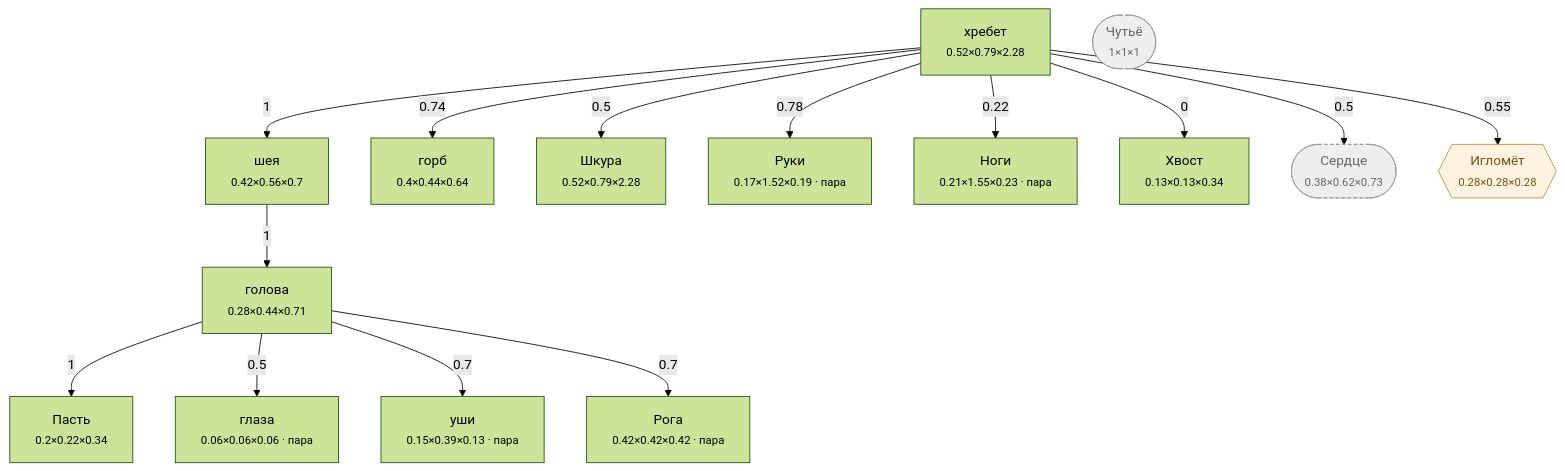
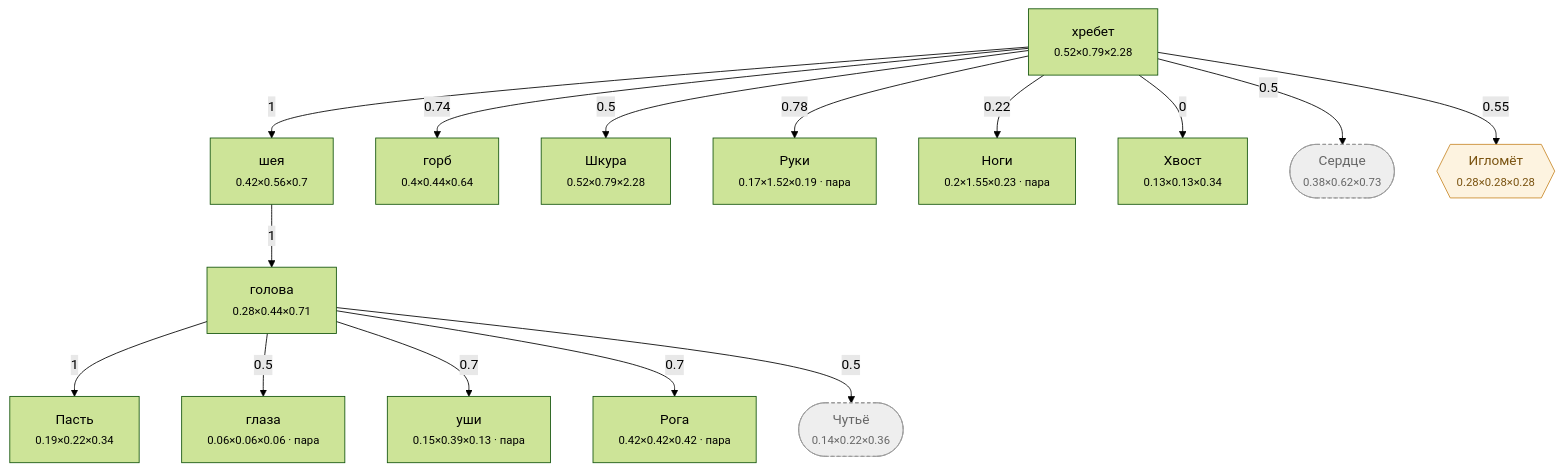
The diagram in Docs/Диаграммы/Лось.md (darklordshish/ChimeraEvolution-2026-06-26_15-29-59), drawn with Mermaid (forest theme) before and after one commit. The commit also changed other lines of this file and 8 other files, not shown here.

First line of the commit message:
Габарит цепи знает про наследование, схема печатает разрешённый калибр

````diff
--- a/Docs/Диаграммы/Лось.md
+++ b/Docs/Диаграммы/Лось.md
@@ -23,38 +23,39 @@
 ```mermaid
 flowchart TD
     n0["хребет<br/><small>0.52×0.79×2.28</small>"]
     n1["голова<br/><small>0.28×0.44×0.71</small>"]
-    n2["Пасть<br/><small>0.2×0.22×0.34</small>"]
+    n2["Пасть<br/><small>0.19×0.22×0.34</small>"]
     n3["глаза<br/><small>0.06×0.06×0.06 · пара</small>"]
     n4["уши<br/><small>0.15×0.39×0.13 · пара</small>"]
     n5["шея<br/><small>0.42×0.56×0.7</small>"]
     n6["горб<br/><small>0.4×0.44×0.64</small>"]
     n7["Шкура<br/><small>0.52×0.79×2.28</small>"]
     n8["Руки<br/><small>0.17×1.52×0.19 · пара</small>"]
-    n9["Ноги<br/><small>0.21×1.55×0.23 · пара</small>"]
+    n9["Ноги<br/><small>0.2×1.55×0.23 · пара</small>"]
     n10["Хвост<br/><small>0.13×0.13×0.34</small>"]
     n11["Рога<br/><small>0.42×0.42×0.42 · пара</small>"]
     n12(["Сердце<br/><small>0.38×0.62×0.73</small>"])
-    n13(["Чутьё<br/><small>1×1×1</small>"])
+    n13(["Чутьё<br/><small>0.14×0.22×0.36</small>"])
     n14{{"Игломёт<br/><small>0.28×0.28×0.28</small>"}}
 
     n5 -->|1| n1
     n1 -->|1| n2
     n1 -->|0.5| n3
     n1 -->|0.7| n4
     n0 -->|1| n5
     n0 -->|0.74| n6
     n0 -->|0.5| n7
     n0 -->|0.78| n8
     n0 -->|0.22| n9
     n0 -->|0| n10
     n1 -->|0.7| n11
     n0 -->|0.5| n12
+    n1 -->|0.5| n13
     n0 -->|0.55| n14
 
     classDef hid fill:#eee,stroke:#999,stroke-dasharray:4 3,color:#666
     classDef gr fill:#fdf3e0,stroke:#c98a2b,color:#7a5310
     classDef ch fill:#e8f2ff,stroke:#3b74c4,color:#1c3f70
     class n12,n13 hid
     class n14 gr
 ```
````
